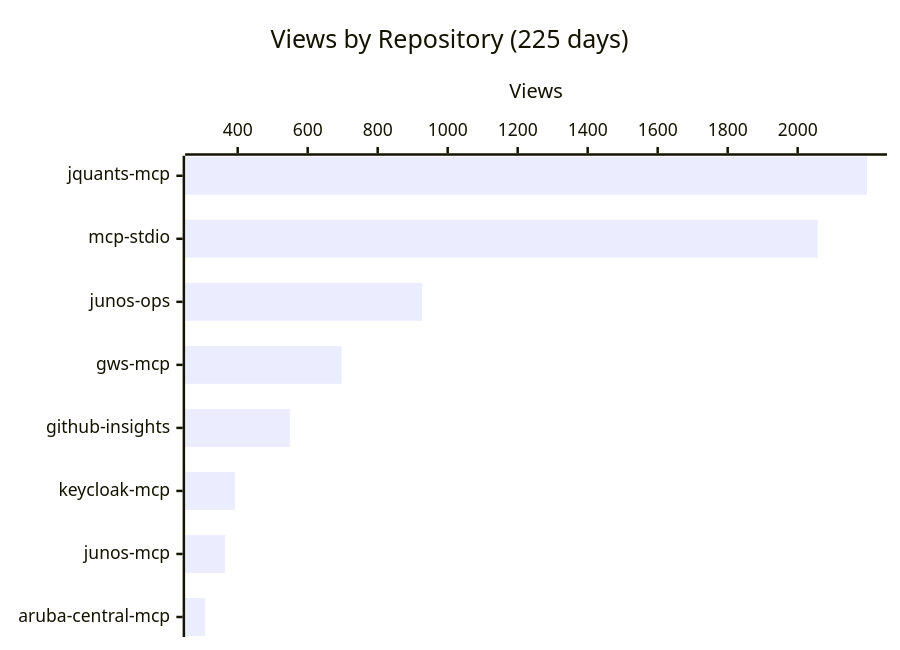
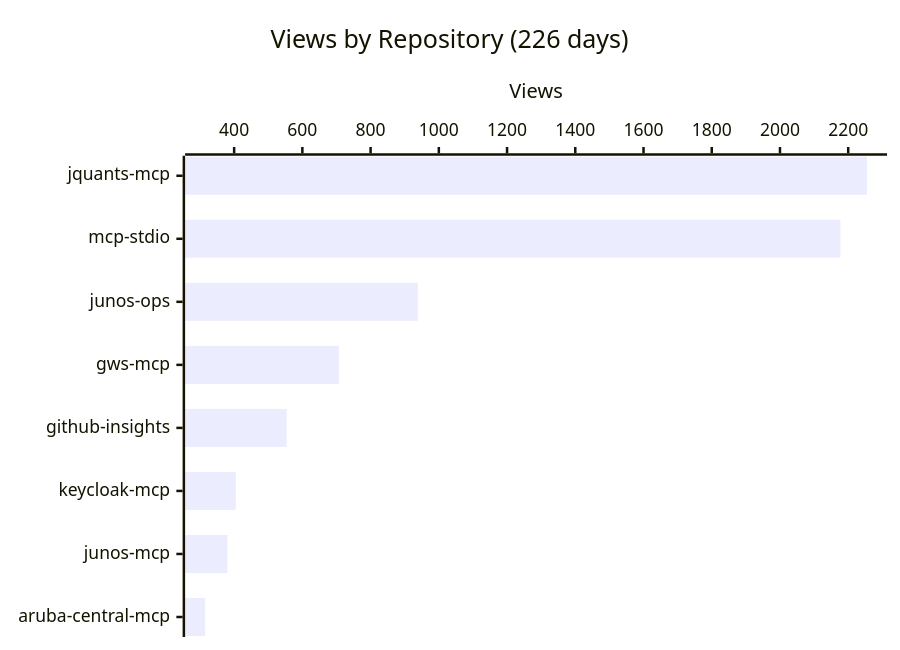
One commit to shigechika/github-insights changed the first of 4 diagrams in README.md. Above: the diagram before and after it, drawn with Mermaid. The commit also changed other lines of this file and 1 other file, not shown here.

````diff
--- a/README.md
+++ b/README.md
@@ -18,7 +18,7 @@
 ```mermaid
 xychart-beta horizontal
-    title "Views by Repository (225 days)"
+    title "Views by Repository (226 days)"
     x-axis ["jquants-mcp", "mcp-stdio", "junos-ops", "gws-mcp", "github-insights", "keycloak-mcp", "junos-mcp", "aruba-central-mcp"]
     y-axis "Views"
-    bar [2198, 2057, 927, 697, 549, 392, 364, 307]
+    bar [2255, 2177, 938, 707, 554, 405, 380, 315]
 ```
````
